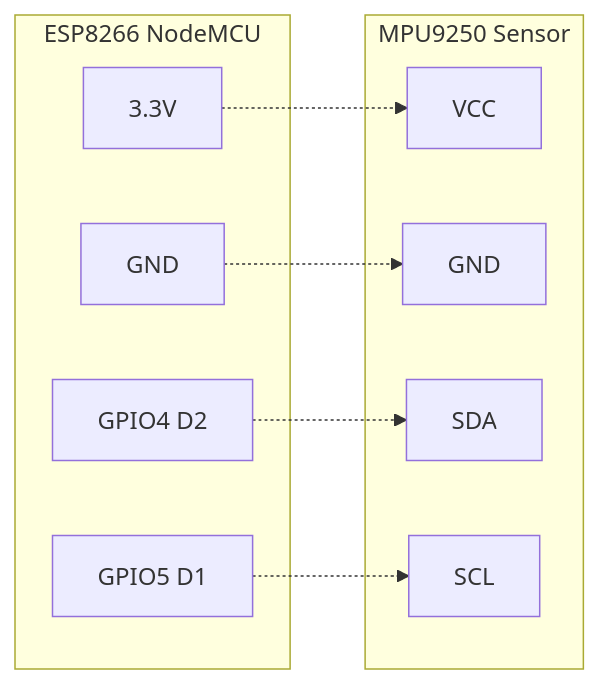
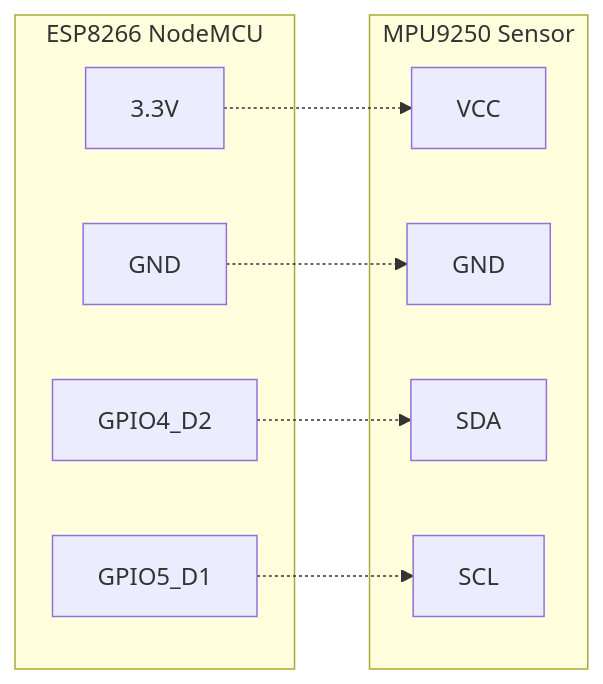
One commit to Red-misst/vibrations changed the eighth of 18 diagrams in README.md. Above: the diagram before and after it, drawn with Mermaid. The commit also changed other lines of this file, not shown here.

````diff
--- a/README.md
+++ b/README.md
@@ -518,21 +518,21 @@
 ```mermaid
 graph LR
-    subgraph "ESP8266 NodeMCU"
+    subgraph ESP8266["ESP8266 NodeMCU"]
         A[3.3V]
         B[GND] 
-        C[GPIO4 D2]
-        D[GPIO5 D1]
+        C[GPIO4_D2]
+        D[GPIO5_D1]
     end
     
-    subgraph "MPU9250 Sensor"
+    subgraph MPU9250["MPU9250 Sensor"]
         E[VCC]
         F[GND]
         G[SDA]
         H[SCL]
     end
     
     A -.-> E
     B -.-> F
     C -.-> G
     D -.-> H
 ```
````
